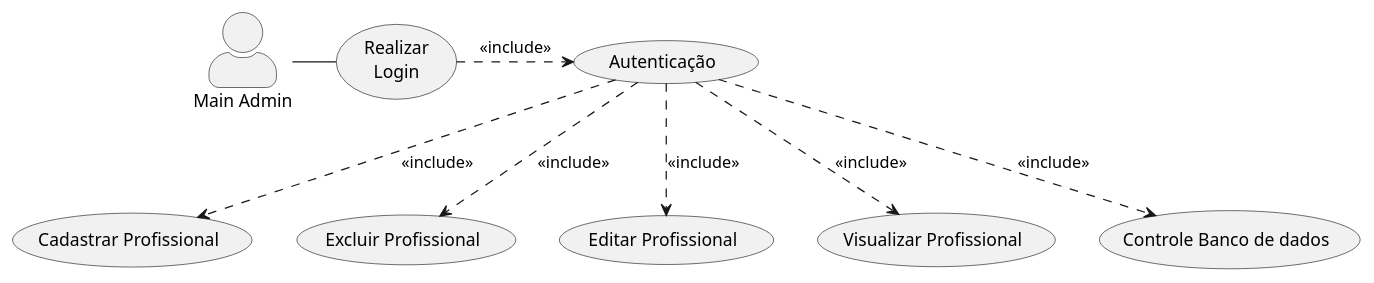
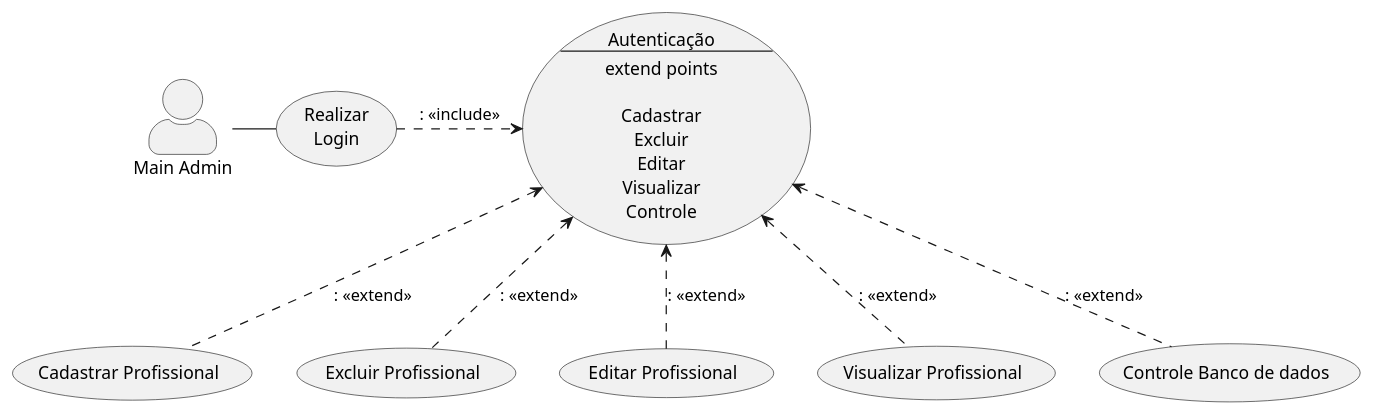
One commit to alexandrelpgillet/SW-de-gerenciamento-de-prontu-rio-eletr-nico-em-Unidade-de-Pronto-Atendimento-UPA- changed the diagram in Software Engineering Documentation/Documents/UML Modeling/Usecase Diagram/usecase_diagram_admin.puml. Above: the diagram before and after it, drawn with PlantUML. The commit also changed 2 other files, not shown here.

Commit message:
fix <<extend>> relation in usecase_diagram's

```diff
--- a/Software Engineering Documentation/Documents/UML Modeling/Usecase Diagram/usecase_diagram_admin.puml
+++ b/Software Engineering Documentation/Documents/UML Modeling/Usecase Diagram/usecase_diagram_admin.puml
@@ -1,19 +1,24 @@
 @startuml Diagrama de Caso de Uso Administrador
 
 
 skinparam actorStyle awesome
 
 "Main Admin" as Admin
 
 Admin -right-- (Realizar\nLogin)
 
-(Realizar\nLogin)-right..>(Autenticação) : <<include>>
+(Realizar\nLogin)-right..>(Autenticação\n--\nextend points\n\nCadastrar\nExcluir\nEditar\nVisualizar\nControle) :: <<include>>
 
-(Autenticação)..>(Cadastrar Profissional) : <<include>>
-(Autenticação)..>(Excluir Profissional) : <<include>>
-(Autenticação)..>(Editar Profissional) : <<include>>
-(Autenticação)..>(Visualizar Profissional) : <<include>>
-(Autenticação)..>(Controle Banco de dados) : <<include>>
+(Autenticação\n--\nextend points\n\nCadastrar\nExcluir\nEditar\nVisualizar\nControle)<.. (Cadastrar Profissional) :: <<extend>>
+
+(Autenticação\n--\nextend points\n\nCadastrar\nExcluir\nEditar\nVisualizar\nControle)<.. (Excluir Profissional)  :: <<extend>>
+
+
+(Autenticação\n--\nextend points\n\nCadastrar\nExcluir\nEditar\nVisualizar\nControle)<.. (Editar Profissional) :: <<extend>>
+
+(Autenticação\n--\nextend points\n\nCadastrar\nExcluir\nEditar\nVisualizar\nControle)<.. (Visualizar Profissional) :: <<extend>>
+
+(Autenticação\n--\nextend points\n\nCadastrar\nExcluir\nEditar\nVisualizar\nControle)<.. (Controle Banco de dados) :: <<extend>>
 
 
 @endluml
```
